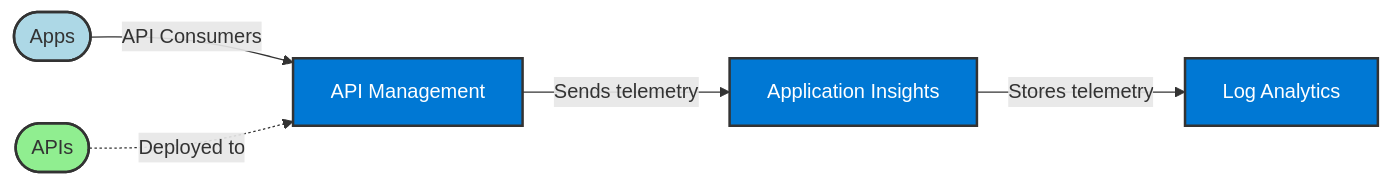
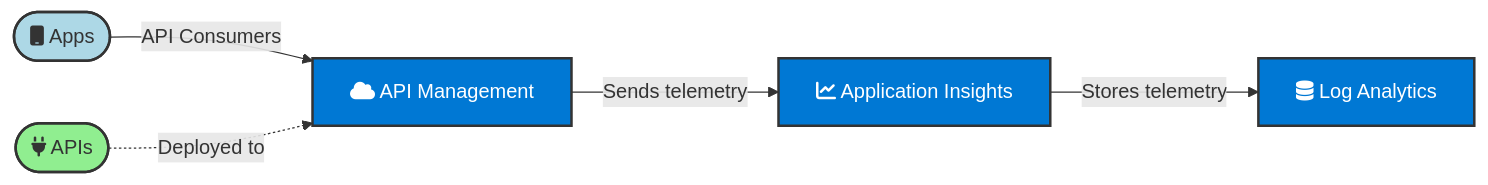
The diagram in assets/diagrams/src/apim-simple-architecture.md (Azure-Samples/Apim-Samples), drawn with Mermaid before and after one commit. The commit also changed 5 other files, not shown here.

Commit message:
Add Font Awesome icons to Mermaid diagrams and document limitations

````diff
--- a/assets/diagrams/src/apim-simple-architecture.md
+++ b/assets/diagrams/src/apim-simple-architecture.md
@@ -3,17 +3,17 @@
 ```mermaid
 flowchart LR
-    apps([Apps]):::appStyle
-    apis([APIs]):::apiStyle
-    apim[API Management]:::azureStyle
-    appinsights[Application Insights]:::azureStyle
-    loganalytics[Log Analytics]:::azureStyle
+    apps([fa:fa-mobile Apps]):::appStyle
+    apis([fa:fa-plug APIs]):::apiStyle
+    apim[fa:fa-cloud API Management]:::azureStyle
+    appinsights[fa:fa-chart-line Application Insights]:::azureStyle
+    loganalytics[fa:fa-database Log Analytics]:::azureStyle
 
     apps -->|API Consumers| apim
     apis -.->|Deployed to| apim
     apim -->|Sends telemetry| appinsights
     appinsights -->|Stores telemetry| loganalytics
 
     classDef appStyle fill:#ADD8E6,stroke:#333,stroke-width:2px
     classDef apiStyle fill:#90EE90,stroke:#333,stroke-width:2px
     classDef azureStyle fill:#0078D4,stroke:#333,stroke-width:2px,color:#fff
 ```
````
